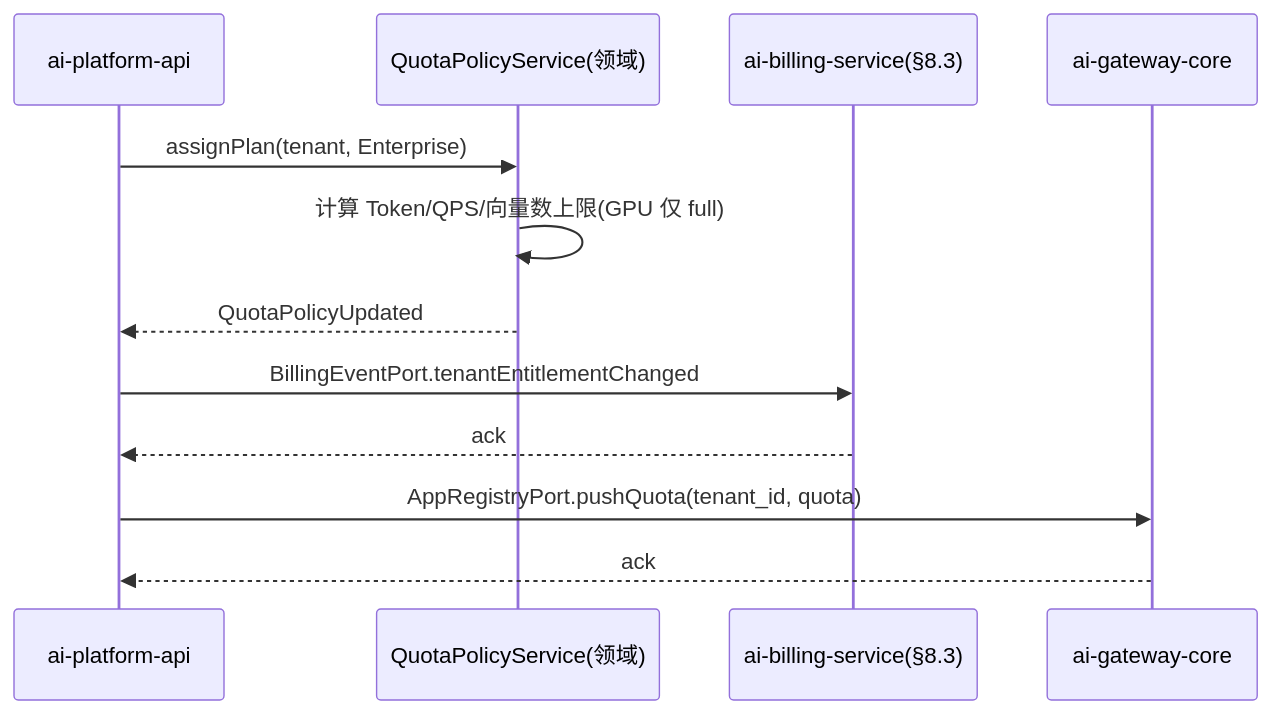
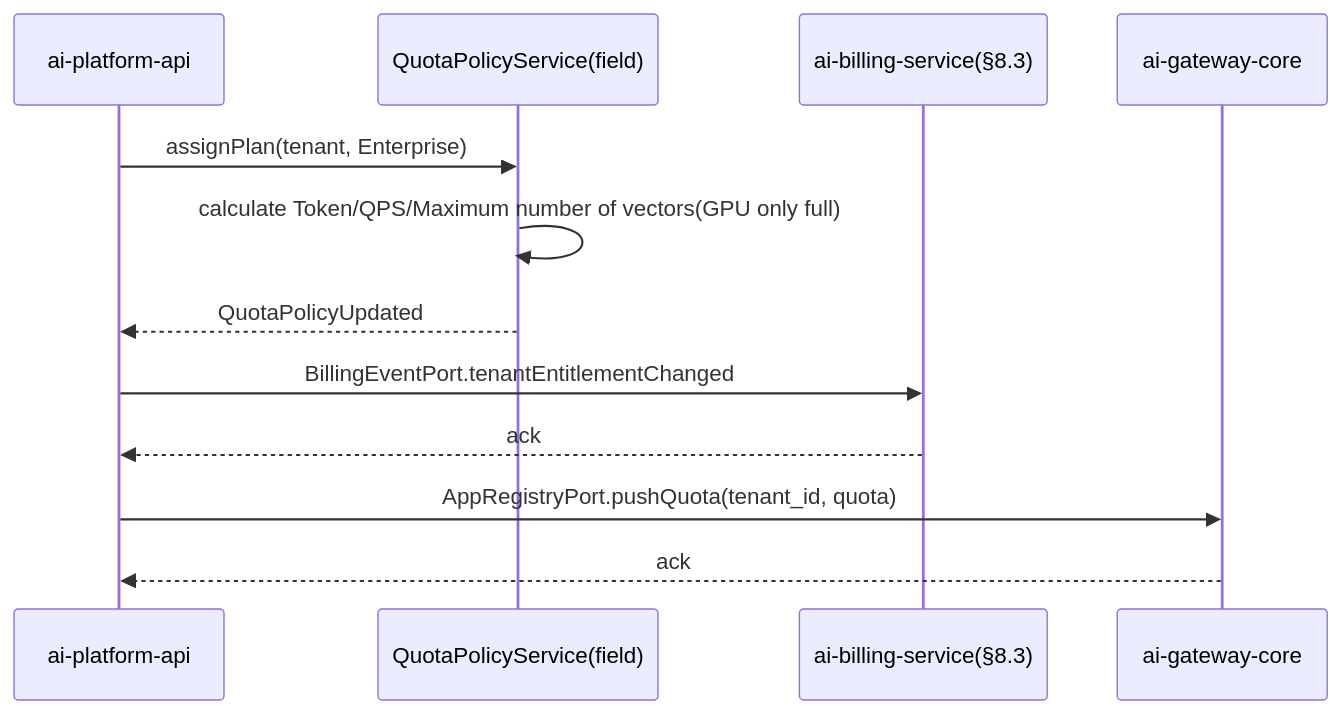
One commit to open-strata-ai/ai-platform-api changed the fifth of 5 diagrams in design/DESIGN.md. Above: the diagram before and after it, drawn with Mermaid. The commit also changed other lines of this file and 9 other files, not shown here.

````diff
--- a/design/DESIGN.md
+++ b/design/DESIGN.md
@@ -375,14 +375,14 @@
 ```mermaid
 sequenceDiagram
     participant API as ai-platform-api
-    participant Q as QuotaPolicyService(领域)
+    participant Q as QuotaPolicyService(field)
     participant BILL as ai-billing-service(§8.3)
     participant GW as ai-gateway-core
     API->>Q: assignPlan(tenant, Enterprise)
-    Q->>Q: 计算 Token/QPS/向量数上限(GPU 仅 full)
+    Q->>Q: calculate Token/QPS/Maximum number of vectors(GPU only full)
     Q-->>API: QuotaPolicyUpdated
     API->>BILL: BillingEventPort.tenantEntitlementChanged
     BILL-->>API: ack
     API->>GW: AppRegistryPort.pushQuota(tenant_id, quota)
     GW-->>API: ack
 ```
````
